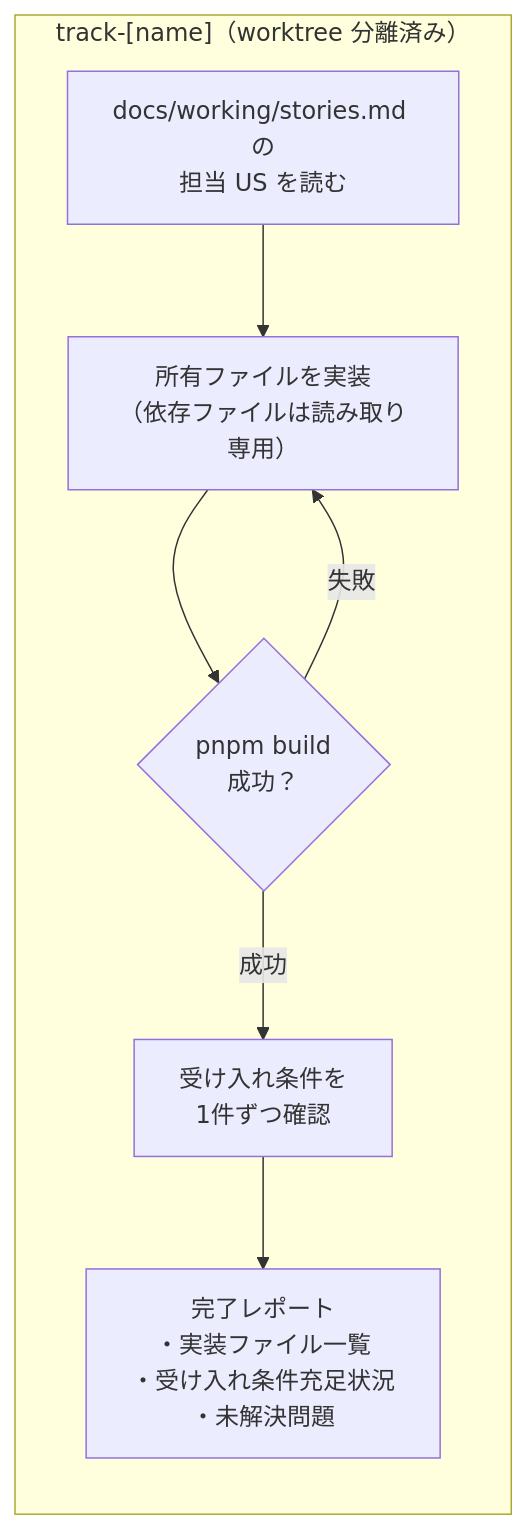
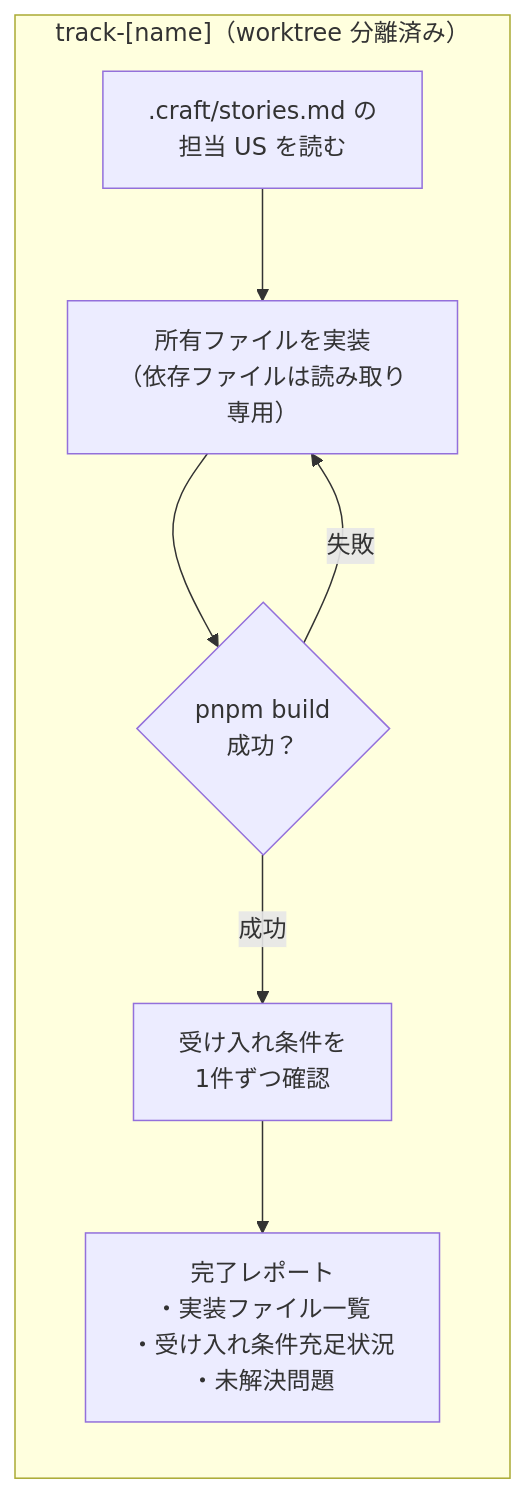
One commit to agaemo/dotfiles changed the second of 2 diagrams in claude/skills/craft/flows/build/README.md. Above: the diagram before and after it, drawn with Mermaid. The commit also changed other lines of this file and 19 other files, not shown here.

````diff
--- a/claude/skills/craft/flows/build/README.md
+++ b/claude/skills/craft/flows/build/README.md
@@ -51,12 +61,12 @@
 ```mermaid
 flowchart LR
     subgraph Track["track-[name]（worktree 分離済み）"]
         direction TB
-        R["docs/working/stories.md の\n担当 US を読む"]
+        R[".craft/stories.md の\n担当 US を読む"]
         R --> I["所有ファイルを実装\n（依存ファイルは読み取り専用）"]
         I --> B{"pnpm build\n成功？"}
         B -->|失敗| I
         B -->|成功| V["受け入れ条件を\n1件ずつ確認"]
         V --> REP["完了レポート\n・実装ファイル一覧\n・受け入れ条件充足状況\n・未解決問題"]
     end
 ```
````
